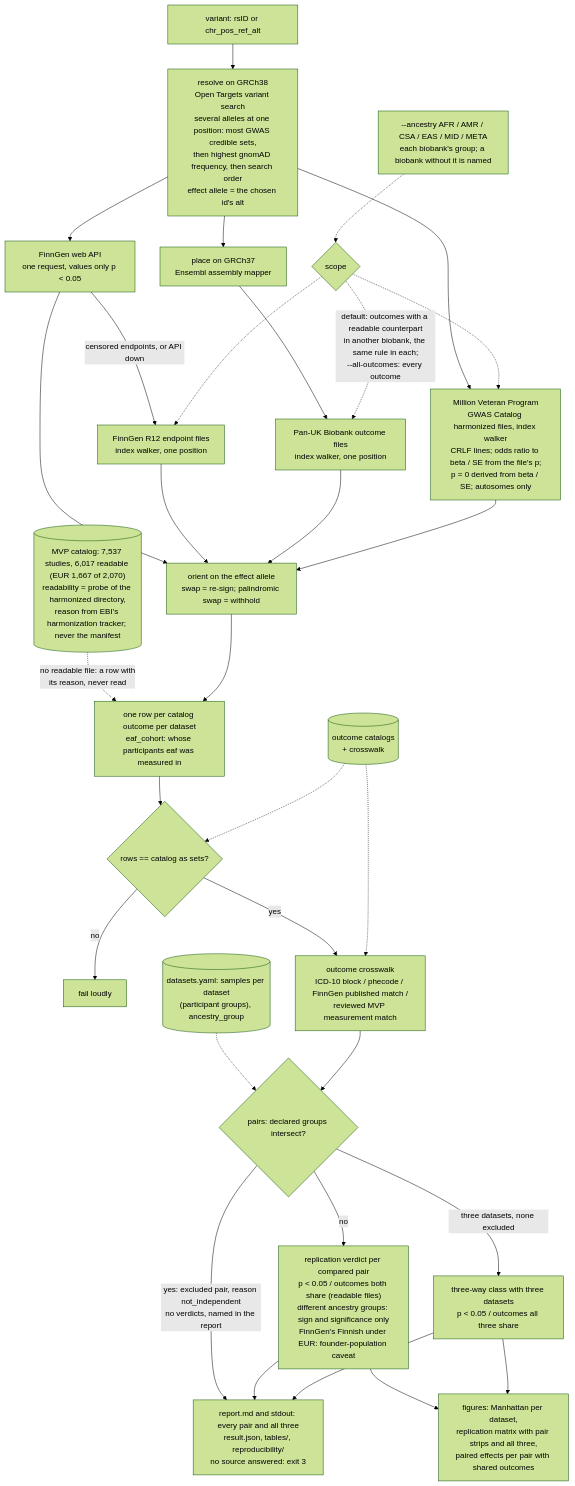
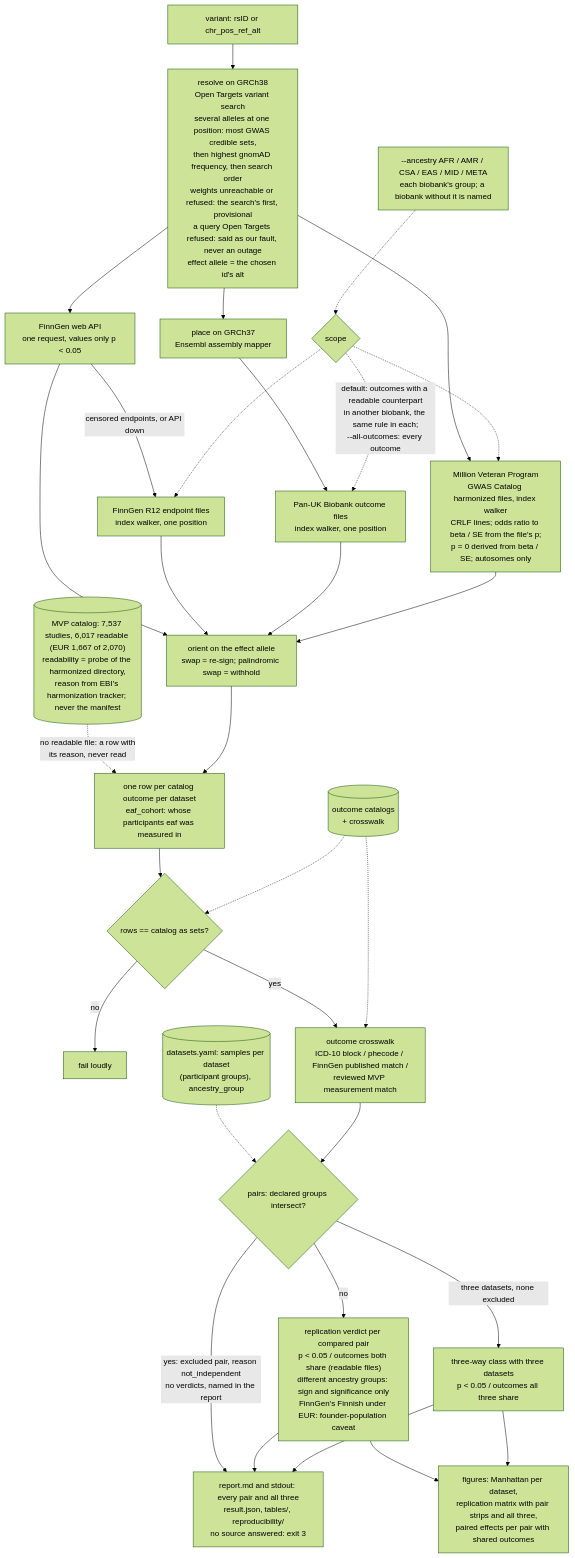
One commit to madaraviv/ClawBio changed the diagram in skills/snp-phewas/diagram.mmd. Above: the diagram before and after it, drawn with Mermaid (forest theme). The commit also changed 5 other files, not shown here.

First line of the commit message:
snp-phewas: a query Open Targets refused is said as refused, and a stopgap allele is provisional

```diff
--- a/skills/snp-phewas/diagram.mmd
+++ b/skills/snp-phewas/diagram.mmd
@@ -1,31 +1,31 @@
 flowchart TD
-    Q["variant: rsID or chr_pos_ref_alt"] --> R["resolve on GRCh38<br/>Open Targets variant search<br/>several alleles at one position: most GWAS credible sets,<br/>then highest gnomAD frequency, then search order<br/>effect allele = the chosen id's alt"]
+    Q["variant: rsID or chr_pos_ref_alt"] --> R["resolve on GRCh38<br/>Open Targets variant search<br/>several alleles at one position: most GWAS credible sets,<br/>then highest gnomAD frequency, then search order<br/>weights unreachable or refused: the search's first, provisional<br/>a query Open Targets refused: said as our fault, never an outage<br/>effect allele = the chosen id's alt"]
     R --> M["place on GRCh37<br/>Ensembl assembly mapper"]
     R --> FG_API["FinnGen web API<br/>one request, values only p &lt; 0.05"]
     FG_API -->|censored endpoints, or API down| FG_TBX["FinnGen R12 endpoint files<br/>index walker, one position"]
     M --> PAN["Pan-UK Biobank outcome files<br/>index walker, one position"]
     R --> MVP["Million Veteran Program<br/>GWAS Catalog harmonized files, index walker<br/>CRLF lines; odds ratio to beta / SE from the file's p;<br/>p = 0 derived from beta / SE; autosomes only"]
     MVPCAT[("MVP catalog: 7,537 studies, 6,017 readable (EUR 1,667 of 2,070)<br/>readability = probe of the harmonized directory,<br/>reason from EBI's harmonization tracker; never the manifest")] -.->|no readable file: a row with<br/>its reason, never read| ROWS
     ANC["--ancestry AFR / AMR / CSA / EAS / MID / META<br/>each biobank's group; a biobank without it is named"] -.-> SCOPE
     SCOPE{"scope"} -.->|default: outcomes with a readable counterpart<br/>in another biobank, the same rule in each;<br/>--all-outcomes: every outcome| PAN
     SCOPE -.-> FG_TBX
     SCOPE -.-> MVP
     FG_API --> O
     FG_TBX --> O
     PAN --> O["orient on the effect allele<br/>swap = re-sign; palindromic swap = withhold"]
     MVP --> O
     O --> ROWS["one row per catalog outcome per dataset<br/>eaf_cohort: whose participants eaf was measured in"]
     ROWS --> P{"rows == catalog as sets?"}
     P -->|no| X["fail loudly"]
     P -->|yes| H["outcome crosswalk<br/>ICD-10 block / phecode / FinnGen published match /<br/>reviewed MVP measurement match"]
     SAMP[("datasets.yaml: samples per dataset<br/>(participant groups), ancestry_group")] -.-> PAIRS
     H --> PAIRS{"pairs: declared groups intersect?"}
     PAIRS -->|yes: excluded pair, reason not_independent<br/>no verdicts, named in the report| OUT
     PAIRS -->|no| V["replication verdict per compared pair<br/>p &lt; 0.05 / outcomes both share (readable files)<br/>different ancestry groups: sign and significance only<br/>FinnGen's Finnish under EUR: founder-population caveat"]
     PAIRS -->|three datasets, none excluded| V3["three-way class with three datasets<br/>p &lt; 0.05 / outcomes all three share"]
     V --> OUT["report.md and stdout: every pair and all three<br/>result.json, tables/, reproducibility/<br/>no source answered: exit 3"]
     V3 --> OUT
     V --> FIG["figures: Manhattan per dataset,<br/>replication matrix with pair strips and all three,<br/>paired effects per pair with shared outcomes"]
     V3 --> FIG
     CAT[("outcome catalogs<br/>+ crosswalk")] -.-> P
     CAT -.-> H
```
